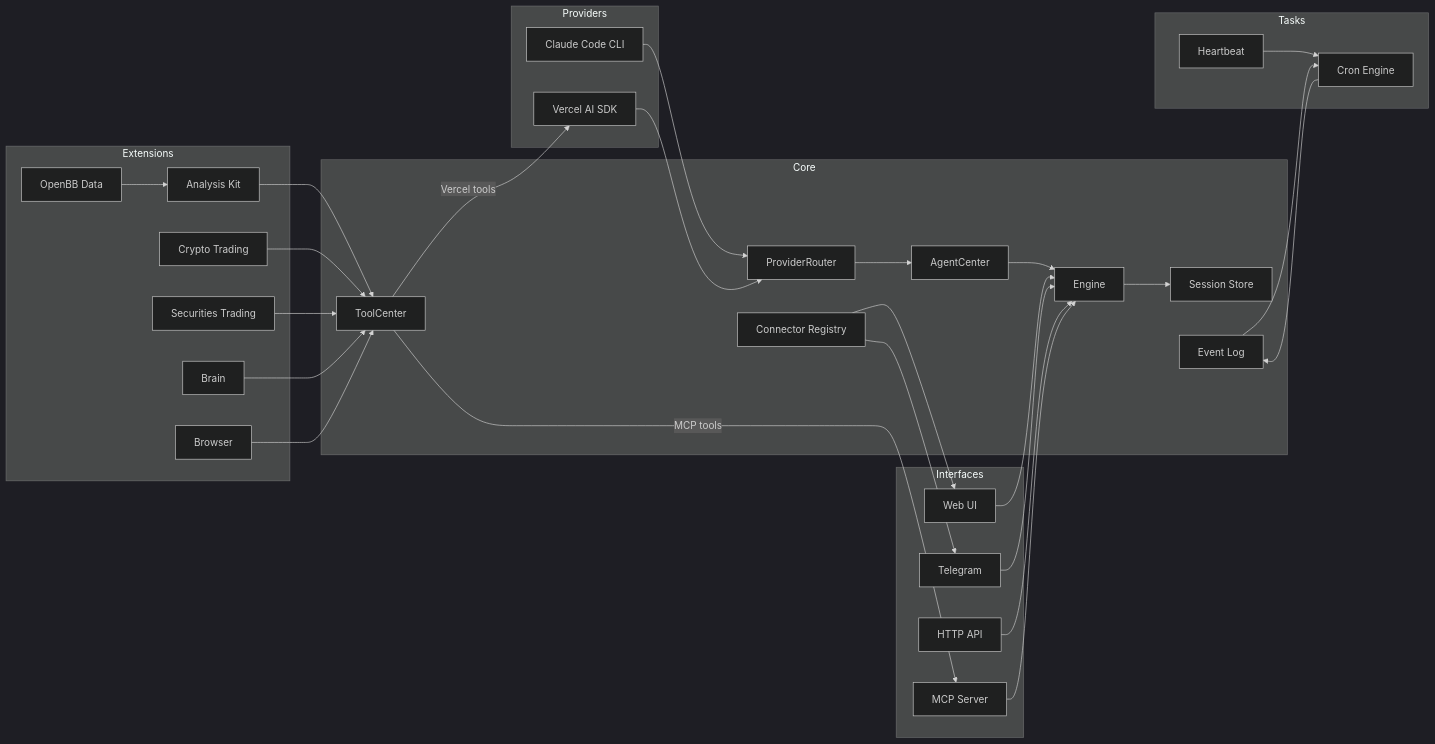
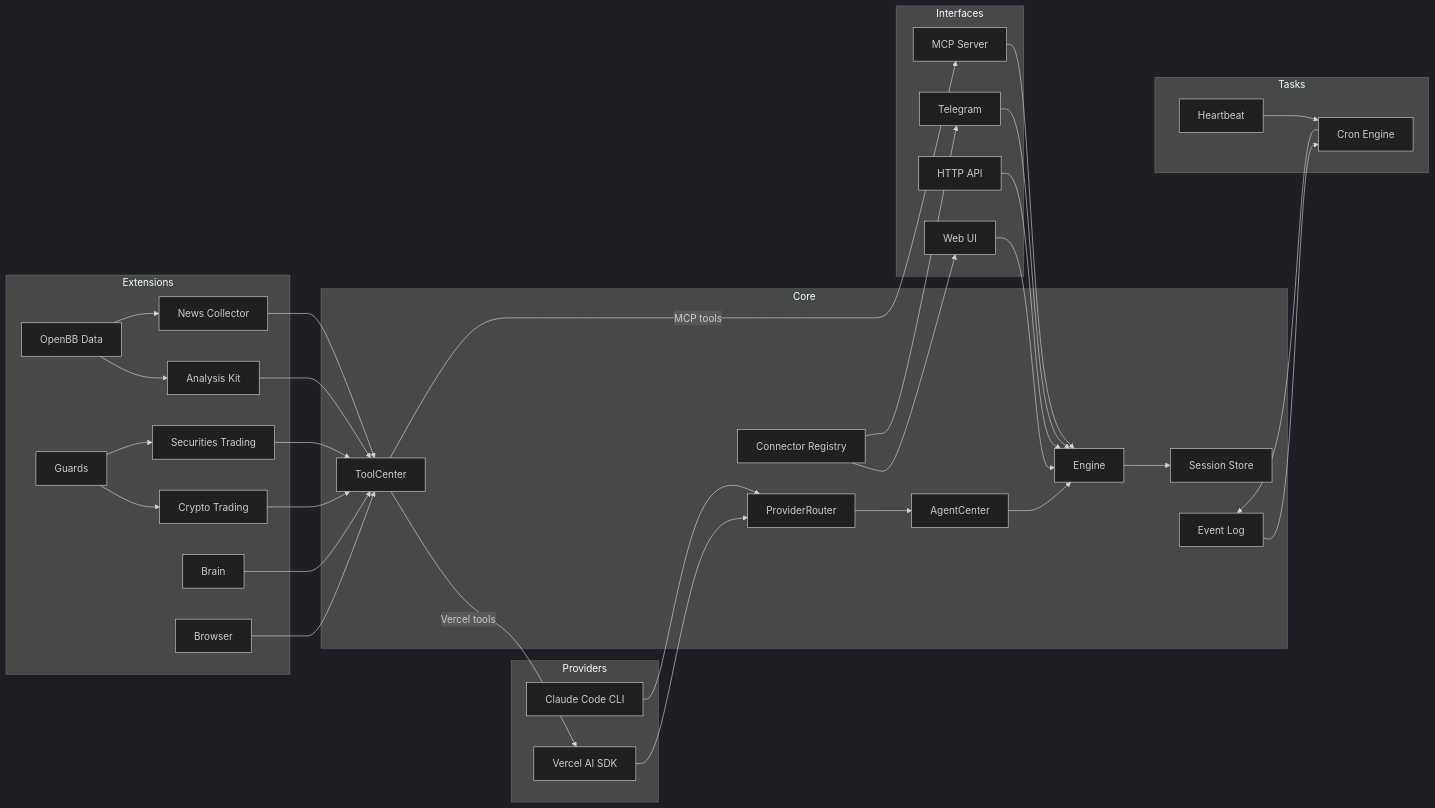
The diagram in README.md (TraderAlice/OpenAlice), drawn with Mermaid (dark theme) before and after one commit. The commit also changed other lines of this file and 2 other files, not shown here.

First line of the commit message:
docs: overhaul README to reflect recent architecture changes

````diff
--- a/README.md
+++ b/README.md
@@ -31,60 +35,66 @@
 ```mermaid
 graph LR
   subgraph Providers
     CC[Claude Code CLI]
     VS[Vercel AI SDK]
   end
 
   subgraph Core
     PR[ProviderRouter]
     AC[AgentCenter]
     E[Engine]
     TC[ToolCenter]
     S[Session Store]
     EL[Event Log]
     CR[Connector Registry]
   end
 
   subgraph Extensions
     OBB[OpenBB Data]
     AK[Analysis Kit]
     CT[Crypto Trading]
     ST[Securities Trading]
+    GD[Guards]
+    NC[News Collector]
     BR[Brain]
     BW[Browser]
   end
 
   subgraph Tasks
     CRON[Cron Engine]
     HB[Heartbeat]
   end
 
   subgraph Interfaces
     WEB[Web UI]
     TG[Telegram]
     HTTP[HTTP API]
     MCP[MCP Server]
   end
 
   CC --> PR
   VS --> PR
   PR --> AC
   AC --> E
   E --> S
   TC -->|Vercel tools| VS
   TC -->|MCP tools| MCP
   OBB --> AK
+  OBB --> NC
   AK --> TC
   CT --> TC
   ST --> TC
+  GD --> CT
+  GD --> ST
+  NC --> TC
   BR --> TC
   BW --> TC
   CRON --> EL
   HB --> CRON
   EL --> CRON
   CR --> WEB & TG
   WEB --> E
   TG --> E
   HTTP --> E
   MCP --> E
 ```
````
